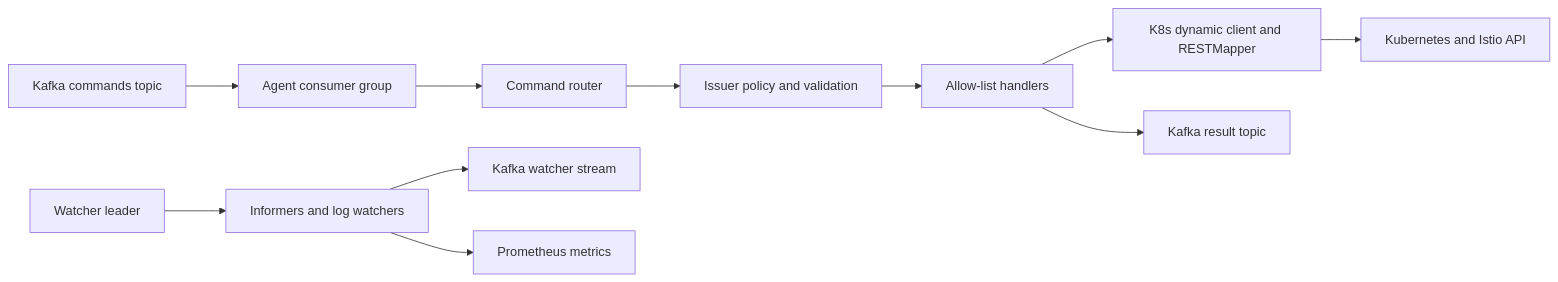
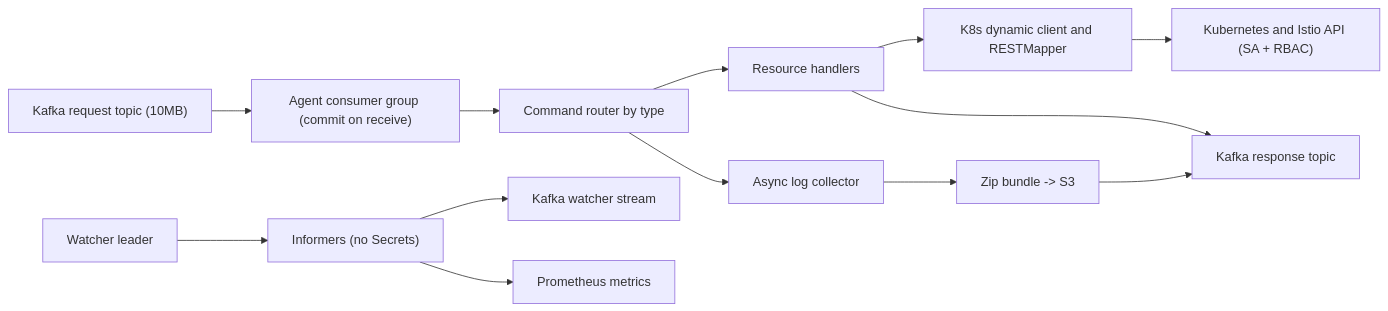
The diagram in docs/mvp-plan.md (tormoz70/usmc-k8s-agent), drawn with Mermaid before and after one commit. The commit also changed other lines of this file and 1 other file, not shown here.

Commit message:
docs: fold in agent decisions and design Java Kafka client (fabric8-style)

````diff
--- a/docs/mvp-plan.md
+++ b/docs/mvp-plan.md
@@ -18,14 +20,17 @@
 ```mermaid
 flowchart LR
-  KafkaCommands["Kafka commands topic"] --> ConsumerGroup["Agent consumer group"]
-  ConsumerGroup --> CommandRouter["Command router"]
-  CommandRouter --> PolicyEngine["Issuer policy and validation"]
-  PolicyEngine --> Handlers["Allow-list handlers"]
+  RequestTopic["Kafka request topic (10MB)"] --> ConsumerGroup["Agent consumer group (commit on receive)"]
+  ConsumerGroup --> CommandRouter["Command router by type"]
+  CommandRouter --> Handlers["Resource handlers"]
   Handlers --> DynamicClient["K8s dynamic client and RESTMapper"]
-  DynamicClient --> KubeApi["Kubernetes and Istio API"]
-  Handlers --> ResultTopic["Kafka result topic"]
+  DynamicClient --> KubeApi["Kubernetes and Istio API (SA + RBAC)"]
+  Handlers --> ResponseTopic["Kafka response topic"]
 
-  WatchLeader["Watcher leader"] --> Informers["Informers and log watchers"]
+  CommandRouter --> LogJob["Async log collector"]
+  LogJob --> S3["Zip bundle -> S3"]
+  S3 --> ResponseTopic
+
+  WatchLeader["Watcher leader"] --> Informers["Informers (no Secrets)"]
   Informers --> WatchStream["Kafka watcher stream"]
   Informers --> Metrics["Prometheus metrics"]
 ```
````
